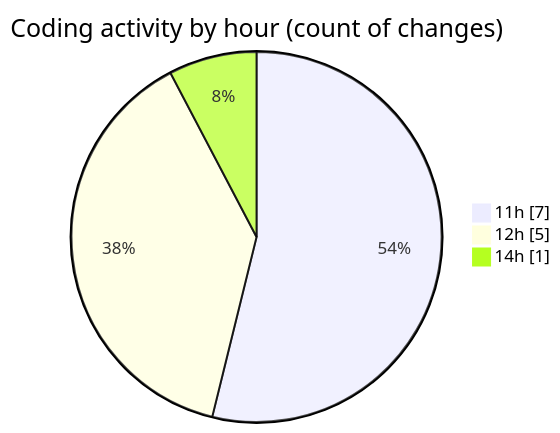
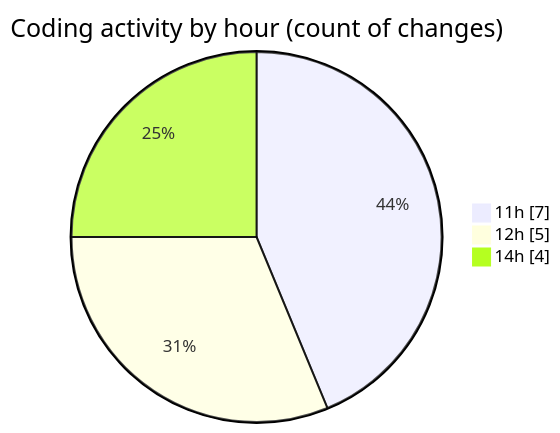
One commit to debugP/code-tracking changed the second of 2 diagrams in 2025-10-22/untitled__workspace_/README.md. Above: the diagram before and after it, drawn with Mermaid. The commit also changed other lines of this file and 1 other file, not shown here.

````diff
--- a/2025-10-22/untitled__workspace_/README.md
+++ b/2025-10-22/untitled__workspace_/README.md
@@ -28,7 +28,7 @@
 ```mermaid
 pie showData
 title Coding activity by hour (count of changes)
 "11h" : 7
 "12h" : 5
-"14h" : 1
+"14h" : 4
 ```
````
